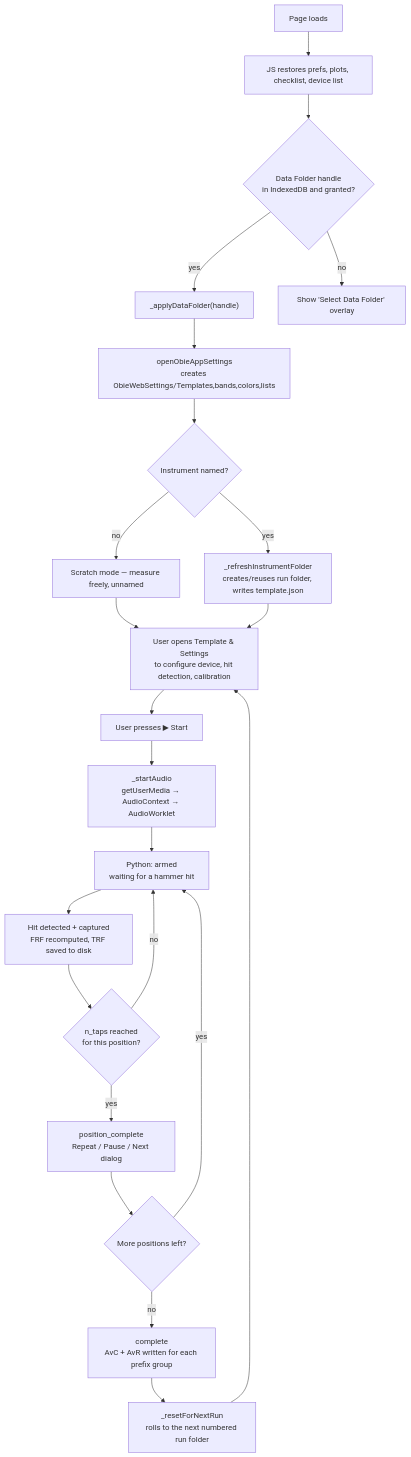
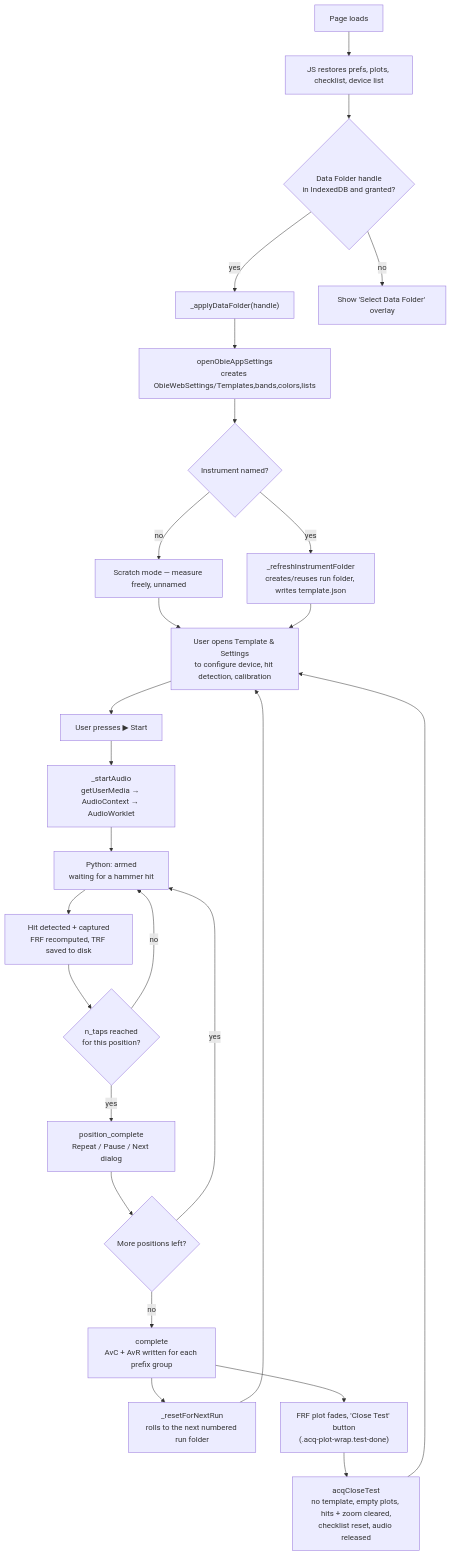
Before and after one commit to chrisbuerginrogers/ObieApp: the first of 6 diagrams in Web/tools/acquire/FLOWCHART.md, drawn with Mermaid. The commit also changed other lines of this file and 3 other files, not shown here.

Commit message:
Docs: update Acquire user guide, tips, changelog and flowchart for recent changes

````diff
--- a/Web/tools/acquire/FLOWCHART.md
+++ b/Web/tools/acquire/FLOWCHART.md
@@ -18,25 +18,28 @@
 ```mermaid
 flowchart TD
     A["Page loads"] --> B["JS restores prefs, plots, checklist, device list"]
     B --> C{"Data Folder handle\nin IndexedDB and granted?"}
     C -- yes --> D["_applyDataFolder(handle)"]
     C -- no --> E["Show 'Select Data Folder' overlay"]
     D --> F["openObieAppSettings\ncreates ObieWebSettings/Templates,bands,colors,lists"]
     F --> G{"Instrument named?"}
     G -- no --> H["Scratch mode — measure freely, unnamed"]
     G -- yes --> I["_refreshInstrumentFolder\ncreates/reuses run folder, writes template.json"]
     H --> J["User opens Template & Settings\nto configure device, hit detection, calibration"]
     I --> J
     J --> K["User presses ▶ Start"]
     K --> L["_startAudio\ngetUserMedia → AudioContext → AudioWorklet"]
     L --> M["Python: armed\nwaiting for a hammer hit"]
     M --> N["Hit detected + captured\nFRF recomputed, TRF saved to disk"]
     N --> O{"n_taps reached\nfor this position?"}
     O -- no --> M
     O -- yes --> P["position_complete\nRepeat / Pause / Next dialog"]
     P --> Q{"More positions left?"}
     Q -- yes --> M
     Q -- no --> R["complete\nAvC + AvR written for each prefix group"]
     R --> S["_resetForNextRun\nrolls to the next numbered run folder"]
+    R --> T["FRF plot fades, 'Close Test' button\n(.acq-plot-wrap.test-done)"]
+    T --> U["acqCloseTest\nno template, empty plots, hits + zoom cleared,\nchecklist reset, audio released"]
+    U --> J
     S --> J
 ```
````
